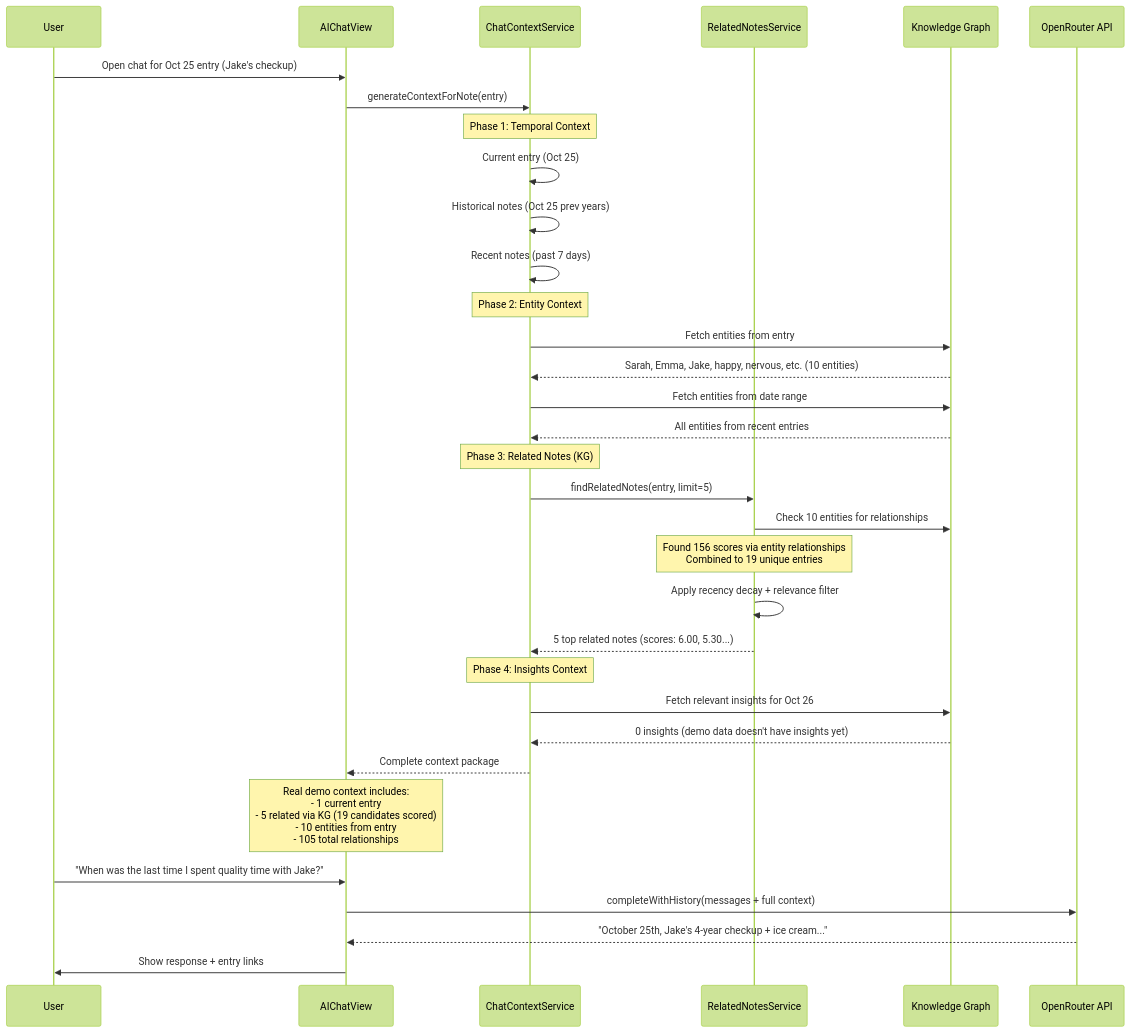
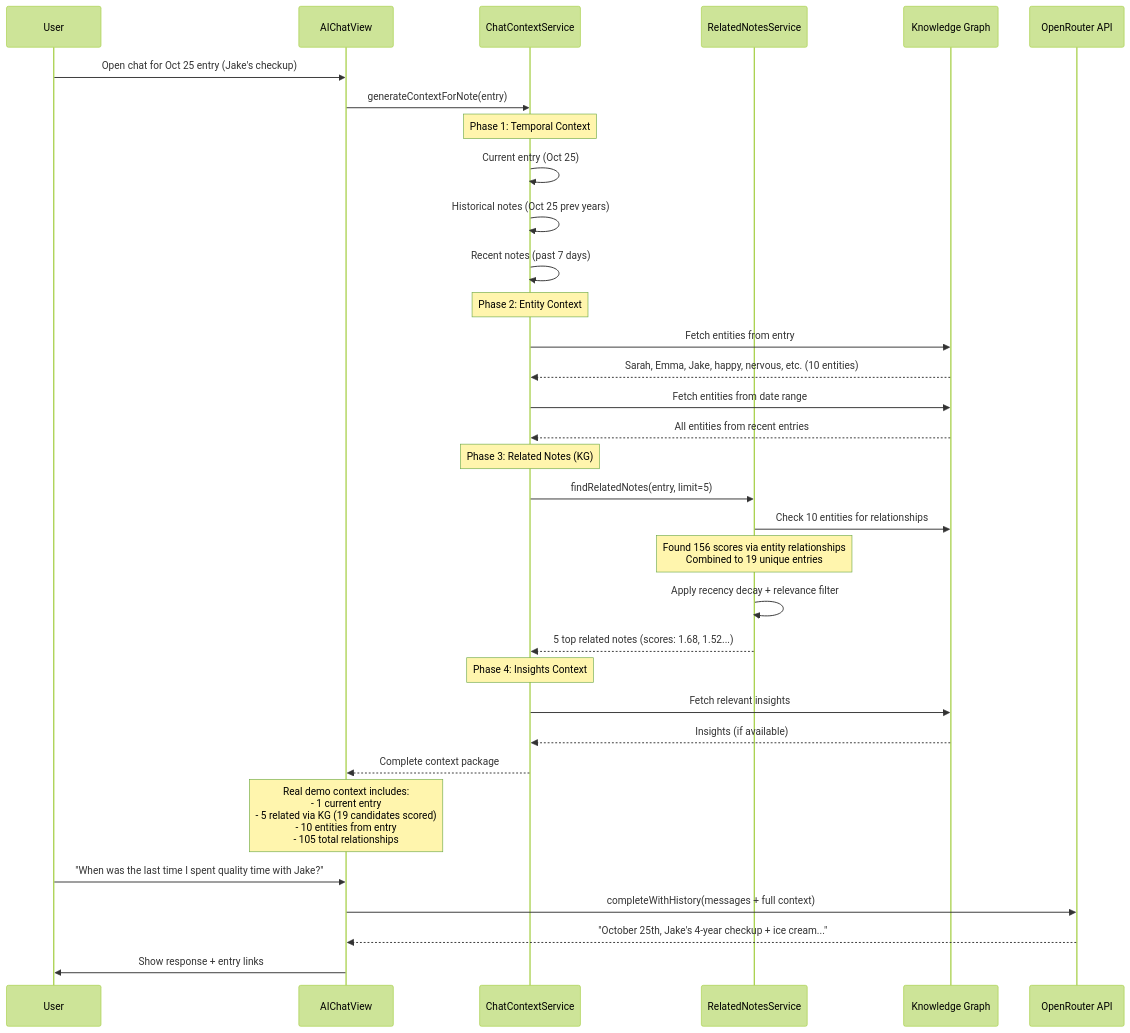
One commit to phuc-nt/kioku-ios changed diagram 11 of 14 in docs/99_lesson/PRESENTATION_SLIDES_SHORT.md. Above: the diagram before and after it, drawn with Mermaid (forest theme). The commit also changed other lines of this file, not shown here.

First line of the commit message:
docs: enhance Feature 2 and 3 with detailed diagrams and explanations

````diff
--- a/docs/99_lesson/PRESENTATION_SLIDES_SHORT.md
+++ b/docs/99_lesson/PRESENTATION_SLIDES_SHORT.md
@@ -244,42 +478,42 @@
 ```mermaid
 sequenceDiagram
     participant User
     participant Chat as AIChatView
     participant Context as ChatContextService
     participant Related as RelatedNotesService
     participant KG as Knowledge Graph
     participant AI as OpenRouter API
 
     User->>Chat: Open chat for Oct 25 entry (Jake's checkup)
     Chat->>Context: generateContextForNote(entry)
 
     Note over Context: Phase 1: Temporal Context
     Context->>Context: Current entry (Oct 25)
     Context->>Context: Historical notes (Oct 25 prev years)
     Context->>Context: Recent notes (past 7 days)
 
     Note over Context: Phase 2: Entity Context
     Context->>KG: Fetch entities from entry
     KG-->>Context: Sarah, Emma, Jake, happy, nervous, etc. (10 entities)
     Context->>KG: Fetch entities from date range
     KG-->>Context: All entities from recent entries
 
     Note over Context: Phase 3: Related Notes (KG)
     Context->>Related: findRelatedNotes(entry, limit=5)
     Related->>KG: Check 10 entities for relationships
     Note over Related: Found 156 scores via entity relationships<br/>Combined to 19 unique entries
     Related->>Related: Apply recency decay + relevance filter
-    Related-->>Context: 5 top related notes (scores: 6.00, 5.30...)
+    Related-->>Context: 5 top related notes (scores: 1.68, 1.52...)
 
     Note over Context: Phase 4: Insights Context
-    Context->>KG: Fetch relevant insights for Oct 26
-    KG-->>Context: 0 insights (demo data doesn't have insights yet)
+    Context->>KG: Fetch relevant insights
+    KG-->>Context: Insights (if available)
 
     Context-->>Chat: Complete context package
     Note over Chat: Real demo context includes:<br/>- 1 current entry<br/>- 5 related via KG (19 candidates scored)<br/>- 10 entities from entry<br/>- 105 total relationships
 
     User->>Chat: "When was the last time I spent quality time with Jake?"
     Chat->>AI: completeWithHistory(messages + full context)
     AI-->>Chat: "October 25th, Jake's 4-year checkup + ice cream..."
     Chat->>User: Show response + entry links
 ```
````
